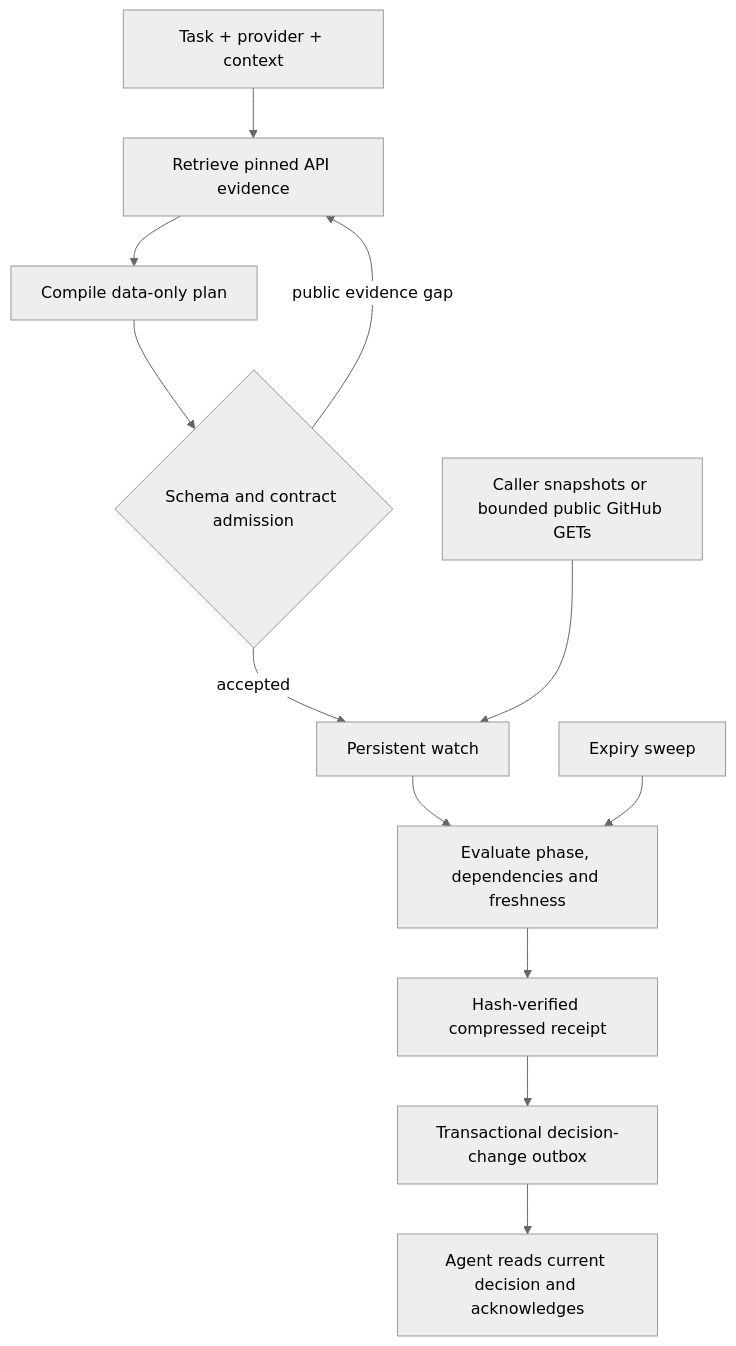
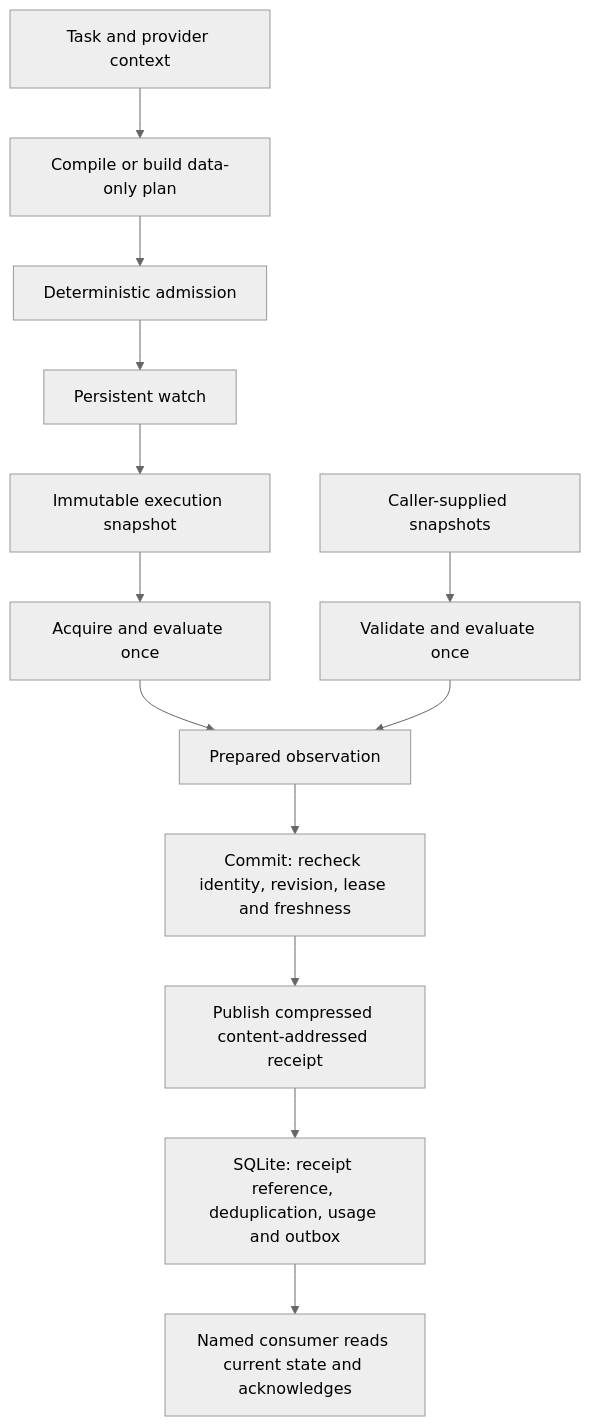
One commit to Alphabetsoup16/ternela changed the diagram in docs/architecture.md. Above: the diagram before and after it, drawn with Mermaid (neutral theme). The commit also changed other lines of this file and 163 other files, not shown here.

````diff
--- a/docs/architecture.md
+++ b/docs/architecture.md
@@ -6,14 +7,15 @@
 ```mermaid
 flowchart TD
-    T[Task + provider + context] --> R[Retrieve pinned API evidence]
-    R --> C[Compile data-only plan]
-    C --> A{Schema and contract admission}
-    A -->|public evidence gap| R
-    A -->|accepted| W[Persistent watch]
-    O[Caller snapshots or bounded public GitHub GETs] --> W
-    W --> E[Evaluate phase, dependencies and freshness]
-    E --> B[Hash-verified compressed receipt]
-    B --> Q[Transactional decision-change outbox]
-    Q --> G[Agent reads current decision and acknowledges]
-    X[Expiry sweep] --> E
+    T[Task and provider context] --> P[Compile or build data-only plan]
+    P --> A[Deterministic admission]
+    A --> W[Persistent watch]
+    W --> S[Immutable execution snapshot]
+    S --> O[Acquire and evaluate once]
+    I[Caller-supplied snapshots] --> E[Validate and evaluate once]
+    O --> R[Prepared observation]
+    E --> R
+    R --> C[Commit: recheck identity, revision, lease and freshness]
+    C --> B[Publish compressed content-addressed receipt]
+    B --> D[SQLite: receipt reference, deduplication, usage and outbox]
+    D --> G[Named consumer reads current state and acknowledges]
 ```
````
